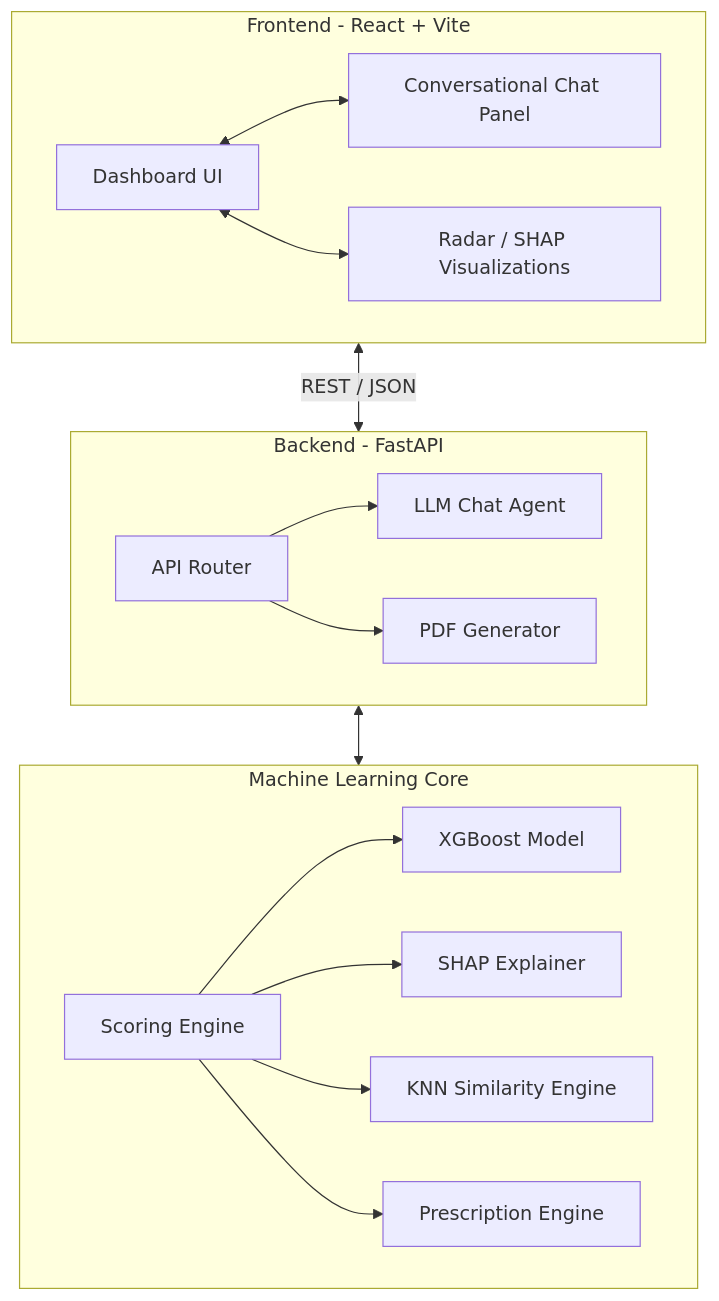
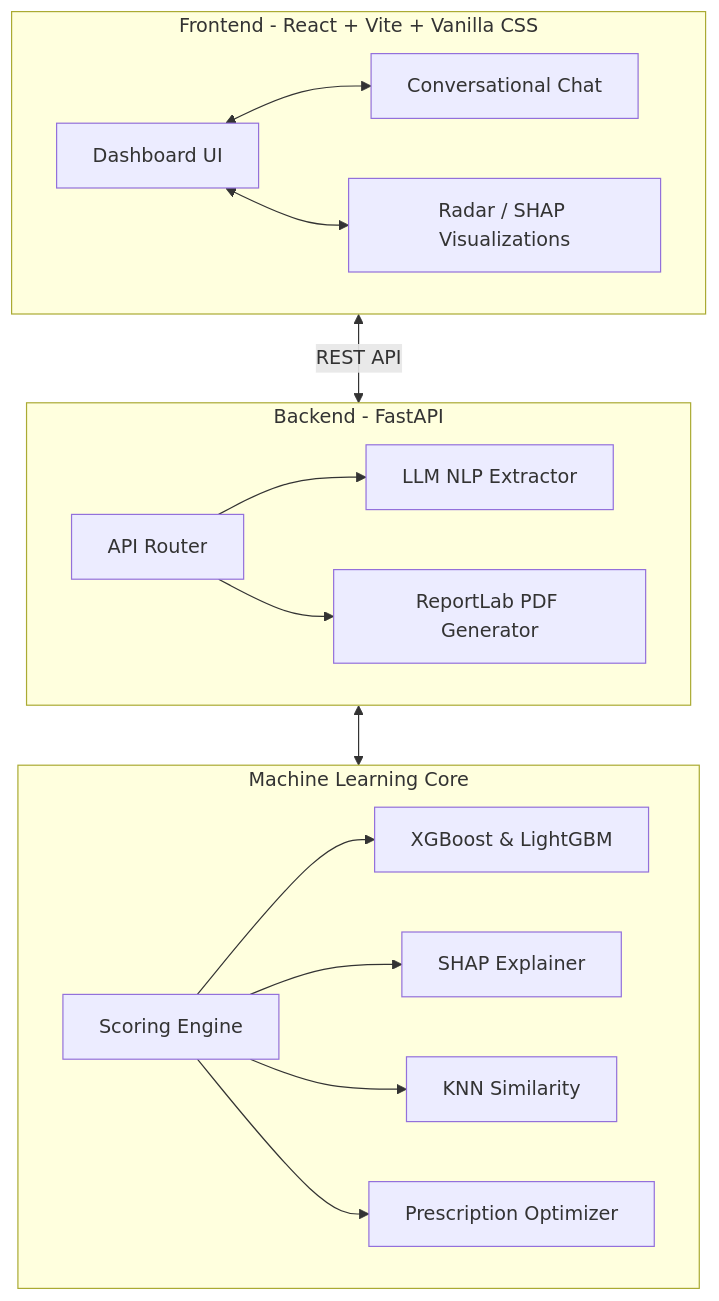
The diagram in README.md (PashinP/msme-viability-assessment), drawn with Mermaid before and after one commit. The commit also changed other lines of this file, not shown here.

````diff
--- a/README.md
+++ b/README.md
@@ -43,35 +71,35 @@
 ```mermaid
 graph TD
-    subgraph Client [Frontend - React + Vite]
+    subgraph Client [Frontend - React + Vite + Vanilla CSS]
         UI[Dashboard UI]
-        Chat[Conversational Chat Panel]
+        Chat[Conversational Chat]
         Charts[Radar / SHAP Visualizations]
         UI <--> Chat
         UI <--> Charts
     end
 
     subgraph API [Backend - FastAPI]
         Router[API Router]
-        Agent[LLM Chat Agent]
-        Report[PDF Generator]
+        Agent[LLM NLP Extractor]
+        Report[ReportLab PDF Generator]
         
         Router --> Agent
         Router --> Report
     end
 
     subgraph ML [Machine Learning Core]
         Score[Scoring Engine]
-        XGB[XGBoost Model]
+        XGB[XGBoost & LightGBM]
         SHAP[SHAP Explainer]
-        Sim[KNN Similarity Engine]
-        Prescribe[Prescription Engine]
+        Sim[KNN Similarity]
+        Prescribe[Prescription Optimizer]
         
         Score --> XGB
         Score --> SHAP
         Score --> Sim
         Score --> Prescribe
     end
 
-    Client <-->|REST / JSON| API
+    Client <-->|REST API| API
     API <--> ML
 ```
````
